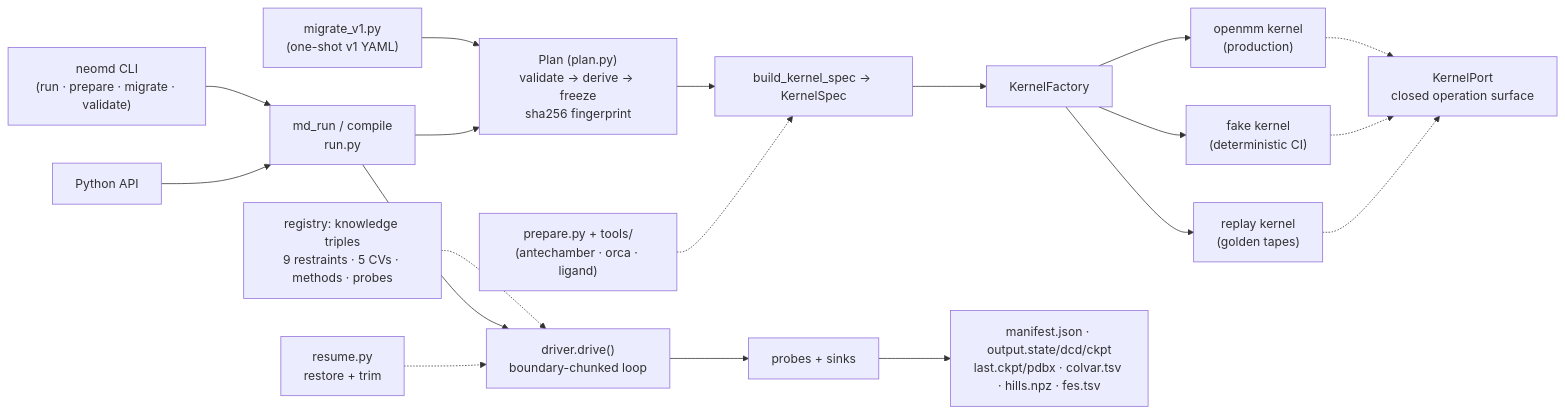
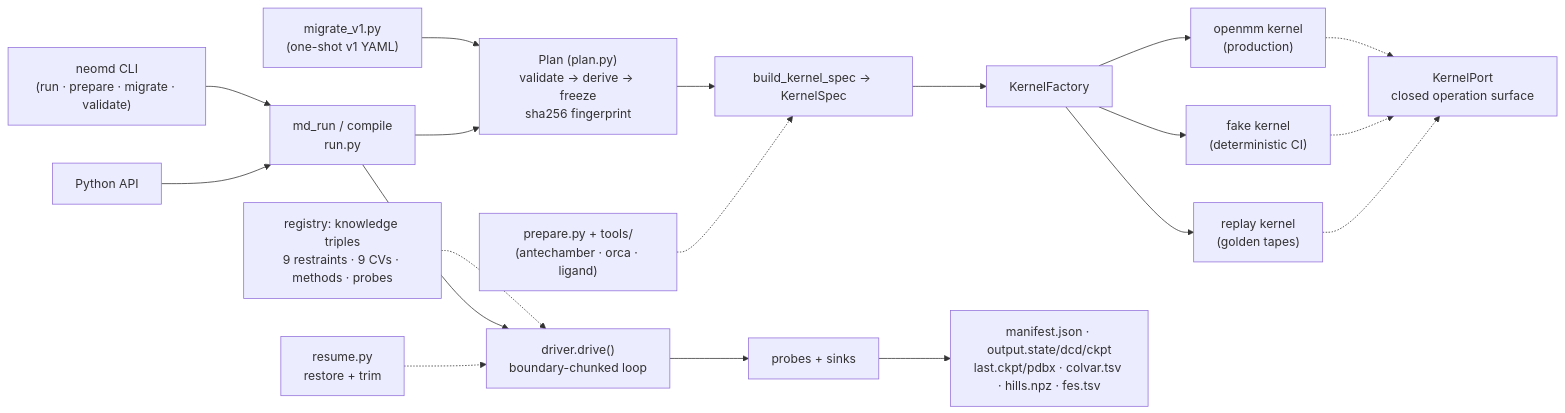
The diagram in README.md (NeoBinder/NeoDynamics), drawn with Mermaid before and after one commit. The commit also changed other lines of this file and 12 other files, not shown here.

````diff
--- a/README.md
+++ b/README.md
@@ -162,17 +162,17 @@
 ```mermaid
 flowchart LR
     CLI["neomd CLI<br/>(run · prepare · migrate · validate)"] --> MR["md_run / compile<br/>run.py"]
     PY["Python API"] --> MR
     MV["migrate_v1.py<br/>(one-shot v1 YAML)"] --> PL["Plan (plan.py)<br/>validate → derive → freeze<br/>sha256 fingerprint"]
     MR --> PL --> KS["build_kernel_spec → KernelSpec"]
     KS --> FAC["KernelFactory"]
     FAC --> OM["openmm kernel<br/>(production)"]
     FAC --> FK["fake kernel<br/>(deterministic CI)"]
     FAC --> RP["replay kernel<br/>(golden tapes)"]
     OM & FK & RP -.-> PORT["KernelPort<br/>closed operation surface"]
-    REG["registry: knowledge triples<br/>9 restraints · 5 CVs · methods · probes"] -.-> DRV
+    REG["registry: knowledge triples<br/>9 restraints · 9 CVs · methods · probes"] -.-> DRV
     MR --> DRV["driver.drive()<br/>boundary-chunked loop"]
     RES["resume.py<br/>restore + trim"] -.-> DRV
     DRV --> PRB["probes + sinks"] --> ART["manifest.json · output.state/dcd/ckpt<br/>last.ckpt/pdbx · colvar.tsv · hills.npz · fes.tsv"]
     PRE["prepare.py + tools/<br/>(antechamber · orca · ligand)"] -.-> KS
 ```
````
